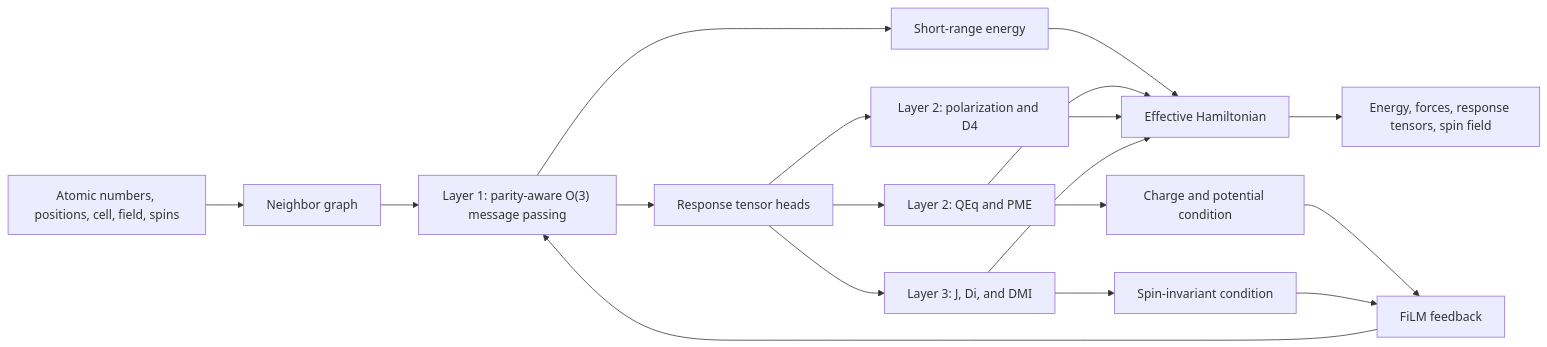
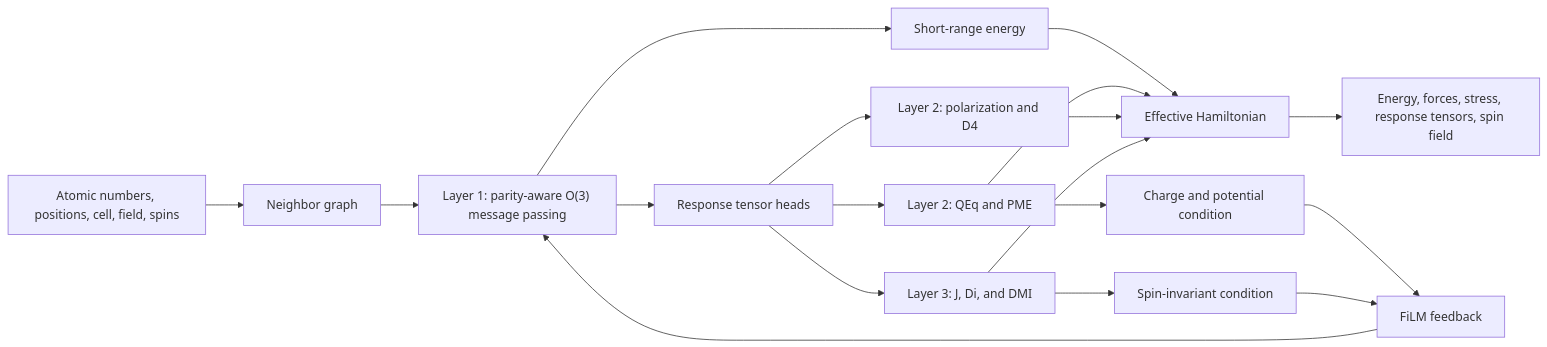
One commit to FonaTech/E3-miu-GNN changed the diagram in README.md. Above: the diagram before and after it, drawn with Mermaid. The commit also changed other lines of this file, not shown here.

````diff
--- a/README.md
+++ b/README.md
@@ -71,20 +76,20 @@
 ```mermaid
 flowchart LR
     A[Atomic numbers, positions, cell, field, spins] --> G[Neighbor graph]
     G --> L1["Layer 1: parity-aware O(3) message passing"]
     L1 --> PES[Short-range energy]
     L1 --> R[Response tensor heads]
     R --> Q[Layer 2: QEq and PME]
     R --> P[Layer 2: polarization and D4]
     R --> S[Layer 3: J, Di, and DMI]
     Q --> C[Charge and potential condition]
     S --> C2[Spin-invariant condition]
     C --> F[FiLM feedback]
     C2 --> F
     F --> L1
     PES --> H[Effective Hamiltonian]
     Q --> H
     P --> H
     S --> H
-    H --> O[Energy, forces, response tensors, spin field]
+    H --> O[Energy, forces, stress, response tensors, spin field]
 ```
````
